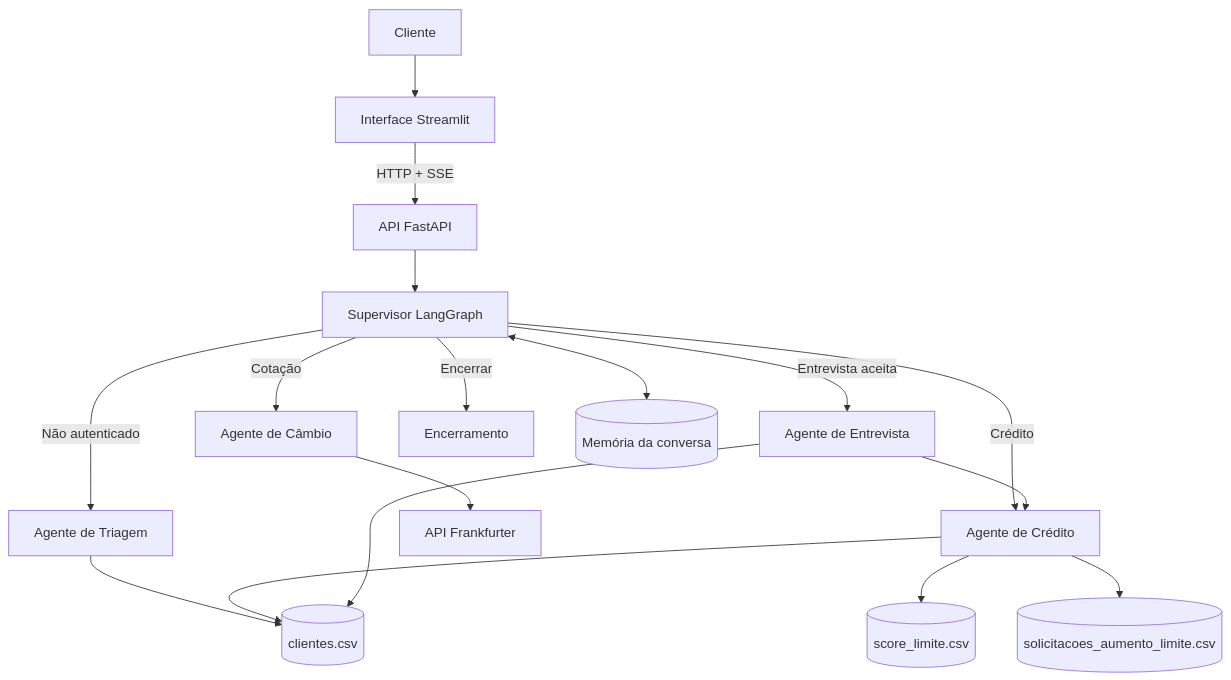
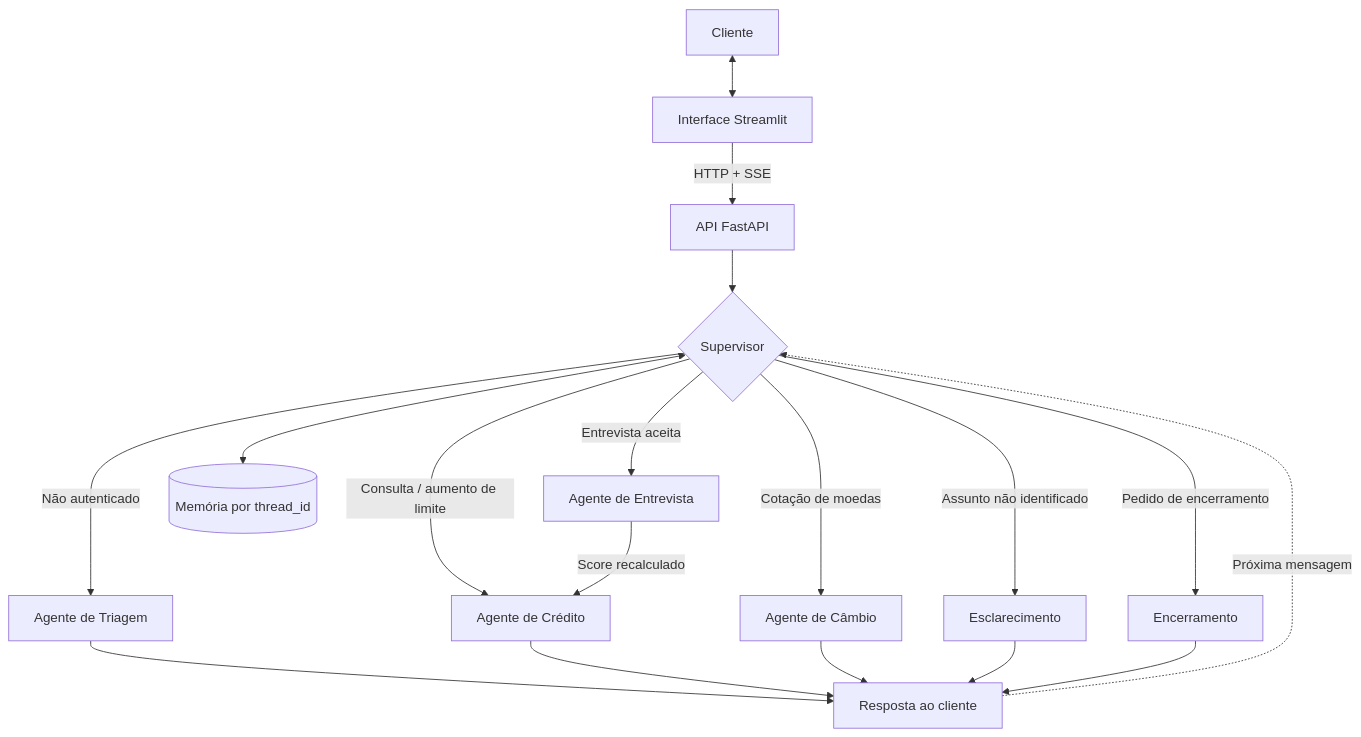
Before and after one commit to marcoossalles/desafio-agente-bancario-inteligente: the diagram in README.md, drawn with Mermaid. The commit also changed other lines of this file and 6 other files, not shown here.

````diff
--- a/README.md
+++ b/README.md
@@ -49,21 +49,24 @@
 ```mermaid
 flowchart TD
-    Client[Cliente] --> UI[Interface Streamlit]
+    Client[Cliente] <--> UI[Interface Streamlit]
     UI -->|HTTP + SSE| API[API FastAPI]
-    API --> Supervisor[Supervisor LangGraph]
+    API --> Supervisor{Supervisor}
+
     Supervisor -->|Não autenticado| Triage[Agente de Triagem]
-    Supervisor -->|Crédito| Credit[Agente de Crédito]
+    Supervisor -->|Consulta / aumento de limite| Credit[Agente de Crédito]
     Supervisor -->|Entrevista aceita| Interview[Agente de Entrevista]
-    Supervisor -->|Cotação| Exchange[Agente de Câmbio]
-    Supervisor -->|Encerrar| Finish[Encerramento]
+    Supervisor -->|Cotação de moedas| Exchange[Agente de Câmbio]
+    Supervisor -->|Assunto não identificado| Clarification[Esclarecimento]
+    Supervisor -->|Pedido de encerramento| Finish[Encerramento]
 
-    Triage --> Customers[(clientes.csv)]
-    Credit --> Customers
-    Credit --> ScoreTable[(score_limite.csv)]
-    Credit --> Requests[(solicitacoes_aumento_limite.csv)]
-    Interview --> Customers
-    Interview --> Credit
-    Exchange --> Frankfurter[API Frankfurter]
+    Interview -->|Score recalculado| Credit
 
-    Supervisor <--> Memory[(Memória da conversa)]
+    Triage --> Reply[Resposta ao cliente]
+    Credit --> Reply
+    Exchange --> Reply
+    Clarification --> Reply
+    Finish --> Reply
+
+    Reply -.->|Próxima mensagem| Supervisor
+    Supervisor <--> Memory[(Memória por thread_id)]
 ```
````
